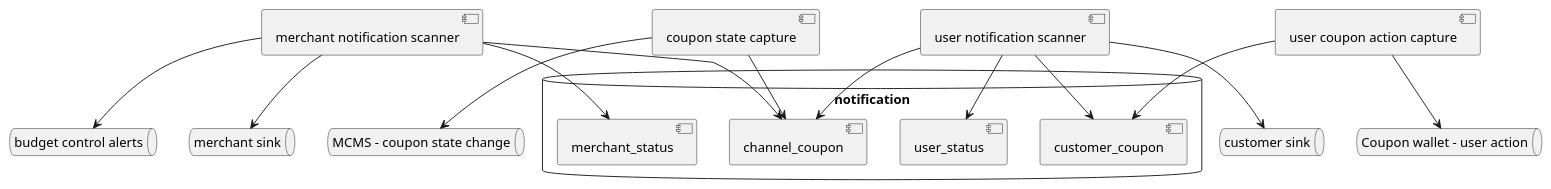
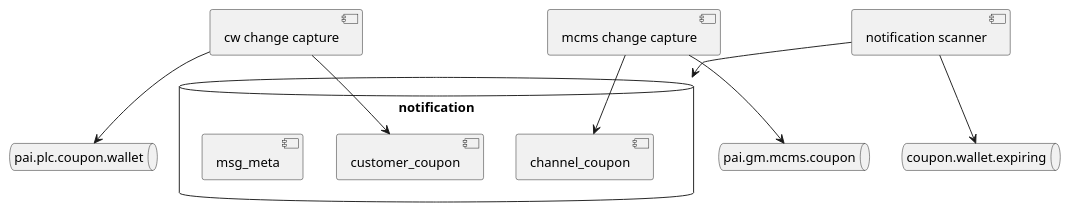
The second of 4 diagrams in mgmt/plan.plantuml (george24601/notes), drawn with PlantUML before and after one commit. The commit also changed other lines of this file and 7 other files, not shown here.

```diff
--- a/mgmt/plan.plantuml
+++ b/mgmt/plan.plantuml
@@ -21,32 +23,23 @@
 @startuml
-database "notification" {
-  [channel_coupon] as coupon
-  [customer_coupon] as uc
-  [user_status] as status
-  [merchant_status] as ms
+
+database "notification" as db {
+[channel_coupon] as couponT
+[customer_coupon] as customerT
+[msg_meta] as meta
+
 }
 
-queue "budget control alerts" as bca
-queue "MCMS - coupon state change" as cs
-queue "Coupon wallet - user action" as ua
-queue "customer sink" as sink
-queue "merchant sink" as merchant_sink
-[coupon state capture] as csc
-csc --> coupon
-csc --> cs
-[user coupon action capture] as ucac
-ucac --> uc
-ucac --> ua
-[user notification scanner] as ns
-ns --> coupon
-ns --> uc 
-ns --> sink
-ns --> status
+queue "pai.plc.coupon.wallet" as cwQ
+queue "pai.gm.mcms.coupon" as couponQ
+queue "coupon.wallet.expiring" as sink
+[mcms change capture] as mcmsCC
+[cw change capture] as cwCC
+[notification scanner] as scanner
 
-[merchant notification scanner] as mns
-mns --> ms
-mns --> coupon
-mns --> merchant_sink
-mns --> bca
-
+mcmsCC --> couponT
+mcmsCC --> couponQ
+cwCC --> customerT
+cwCC --> cwQ 
+scanner --> db
+scanner --> sink
 @enduml
```
